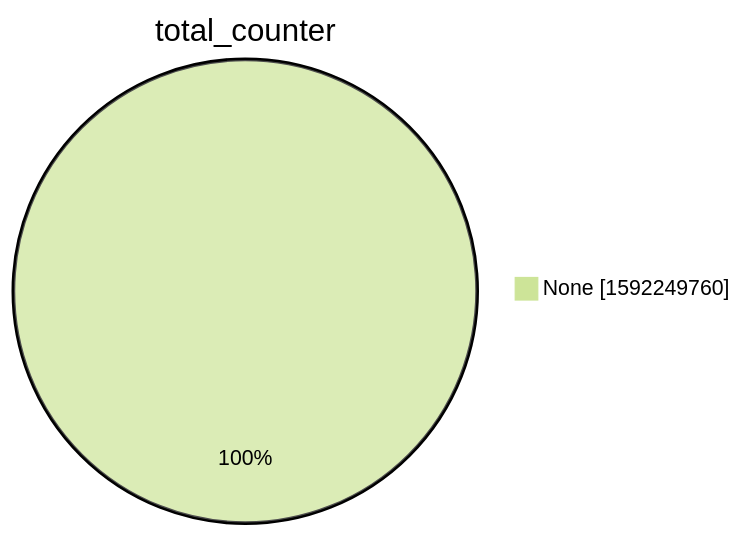
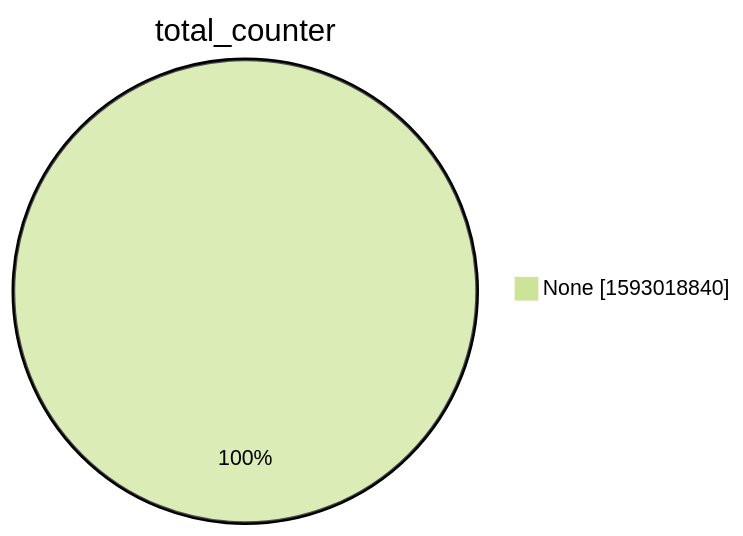
The second of 15 diagrams in xenon2022/README.md (christiankrug/ctmonitor_visualization), drawn with Mermaid (forest theme) before and after one commit. The commit also changed other lines of this file, not shown here.

````diff
--- a/xenon2022/README.md
+++ b/xenon2022/README.md
@@ -9,5 +9,5 @@
 ```mermaid
 pie showData
 title total_counter
-"None" :1592249760
+"None" :1593018840
 ```
````
